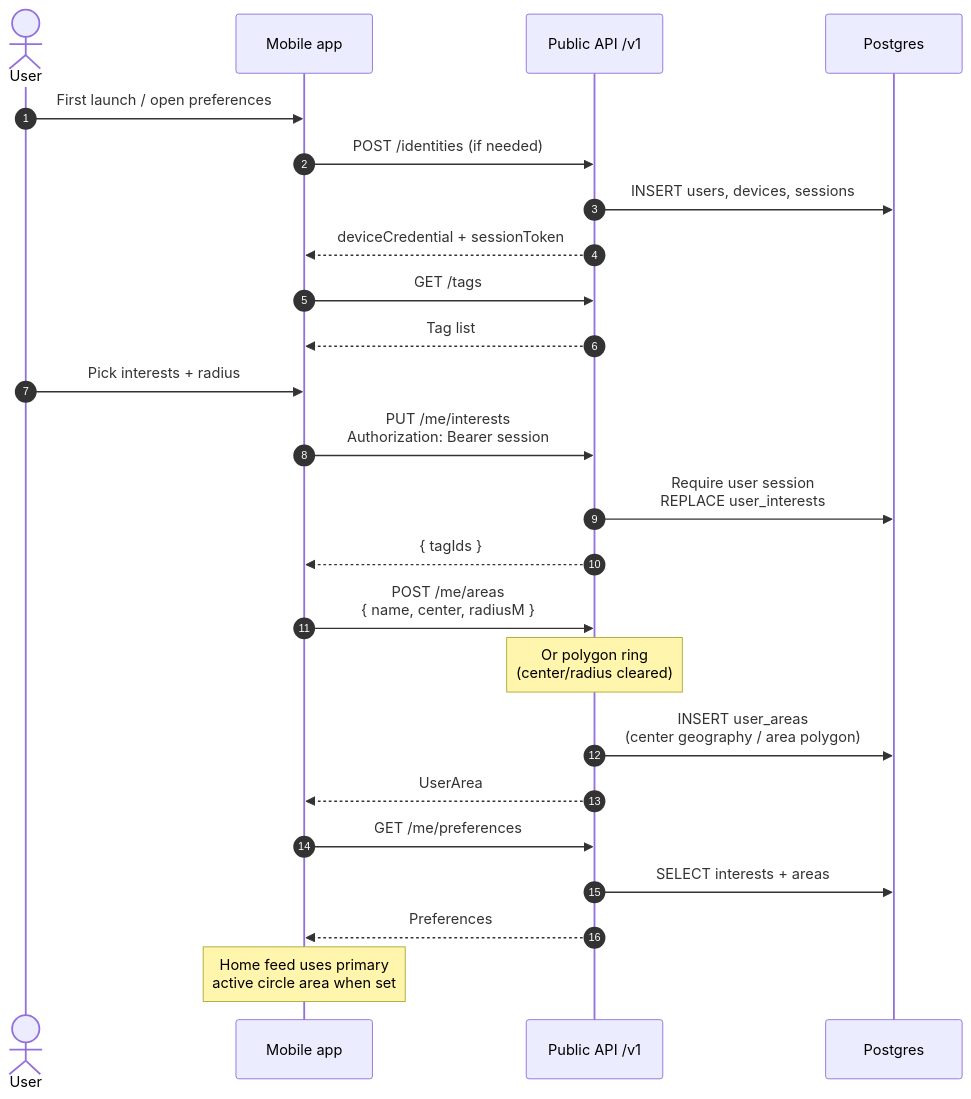
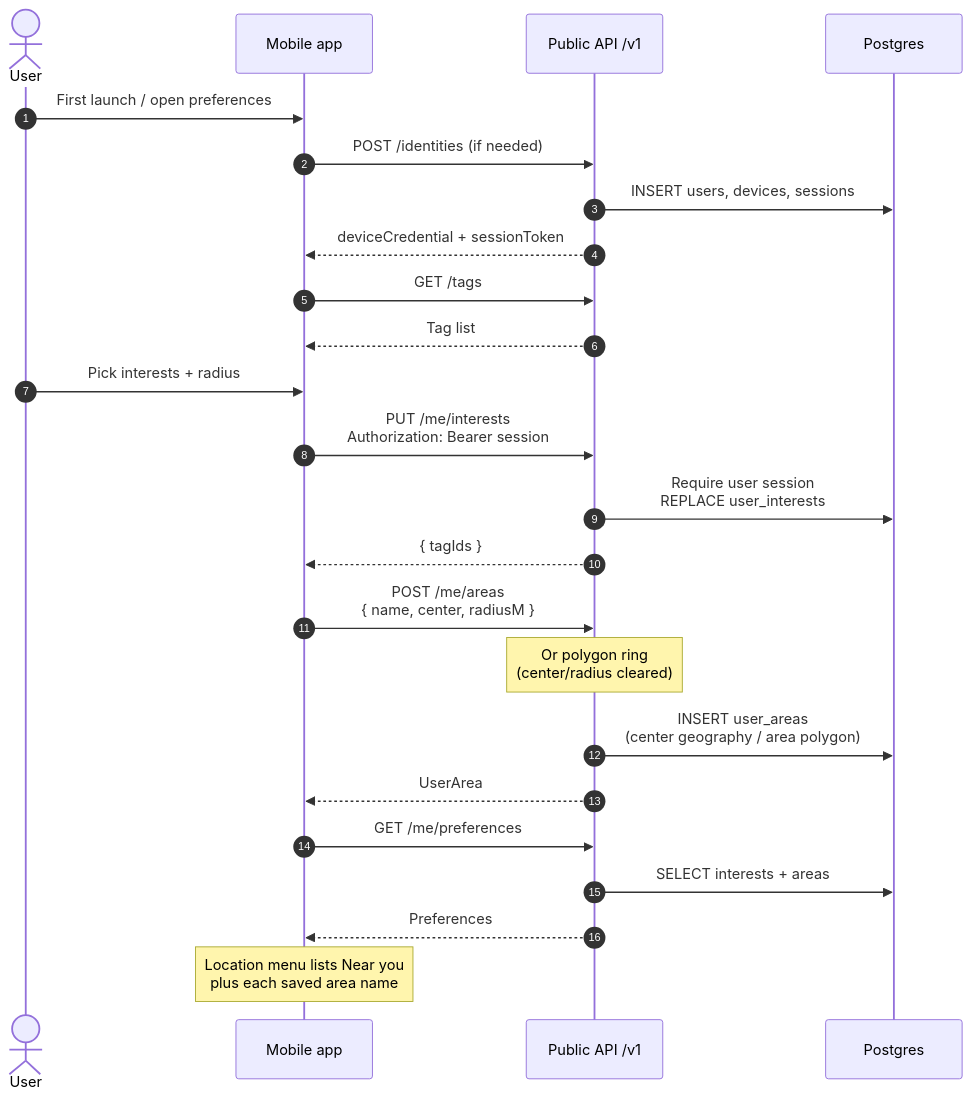
One commit to BradleySmallbottoms/evently changed the diagram in docs/flows/user-preferences.md. Above: the diagram before and after it, drawn with Mermaid. The commit also changed other lines of this file and 99 other files, not shown here.

````diff
--- a/docs/flows/user-preferences.md
+++ b/docs/flows/user-preferences.md
@@ -8,31 +8,31 @@
 ```mermaid
 sequenceDiagram
   autonumber
   actor User
   participant Mobile as Mobile app
   participant API as Public API /v1
   participant DB as Postgres
 
   User->>Mobile: First launch / open preferences
   Mobile->>API: POST /identities (if needed)
   API->>DB: INSERT users, devices, sessions
   API-->>Mobile: deviceCredential + sessionToken
 
   Mobile->>API: GET /tags
   API-->>Mobile: Tag list
 
   User->>Mobile: Pick interests + radius
   Mobile->>API: PUT /me/interests<br/>Authorization: Bearer session
   API->>DB: Require user session<br/>REPLACE user_interests
   API-->>Mobile: { tagIds }
 
   Mobile->>API: POST /me/areas<br/>{ name, center, radiusM }
   Note over API: Or polygon ring<br/>(center/radius cleared)
   API->>DB: INSERT user_areas<br/>(center geography / area polygon)
   API-->>Mobile: UserArea
 
   Mobile->>API: GET /me/preferences
   API->>DB: SELECT interests + areas
   API-->>Mobile: Preferences
-  Note over Mobile: Home feed uses primary<br/>active circle area when set
+  Note over Mobile: Location menu lists Near you<br/>plus each saved area name
 ```
````
